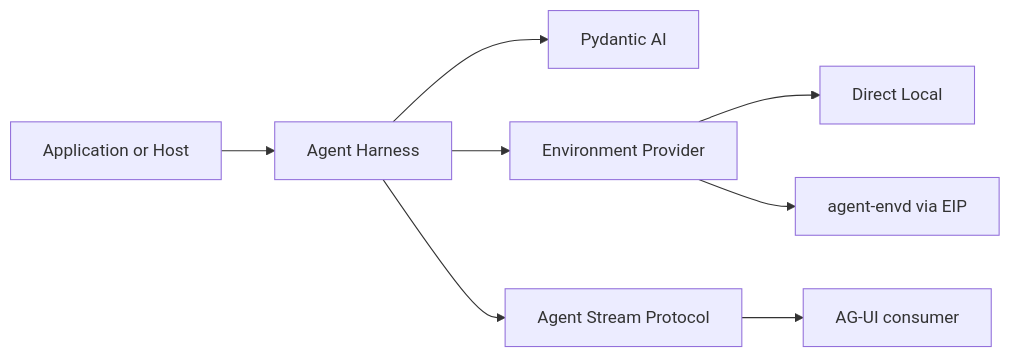
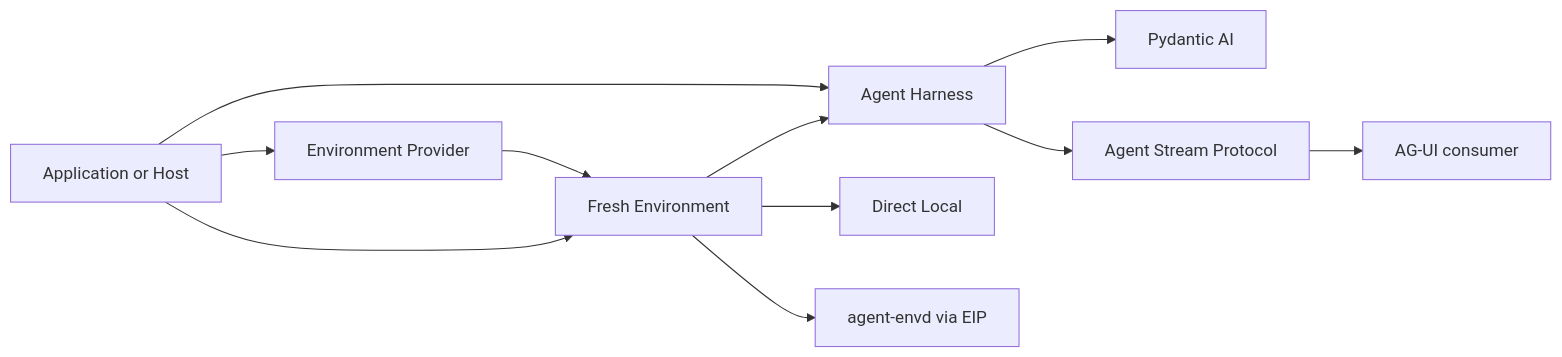
Before and after one commit to LTThreeComma/agent-foundation: the diagram in docs/index.md, drawn with Mermaid. The commit also changed other lines of this file and 188 other files, not shown here.

First line of the commit message:
feat(harness): rework environment and host ownership (#82)

````diff
--- a/docs/index.md
+++ b/docs/index.md
@@ -20,10 +20,13 @@
 ```mermaid
 flowchart LR
     App[Application or Host] --> Harness[Agent Harness]
     Harness --> PAI[Pydantic AI]
-    Harness --> Provider[Environment Provider]
-    Provider --> Direct[Direct Local]
-    Provider --> Envd[agent-envd via EIP]
+    Provider[Environment Provider] --> Environment[Fresh Environment]
+    App --> Provider
+    App --> Environment
+    Environment --> Harness
+    Environment --> Direct[Direct Local]
+    Environment --> Envd[agent-envd via EIP]
     Harness --> Stream[Agent Stream Protocol]
     Stream --> Consumer[AG-UI consumer]
 ```
````
